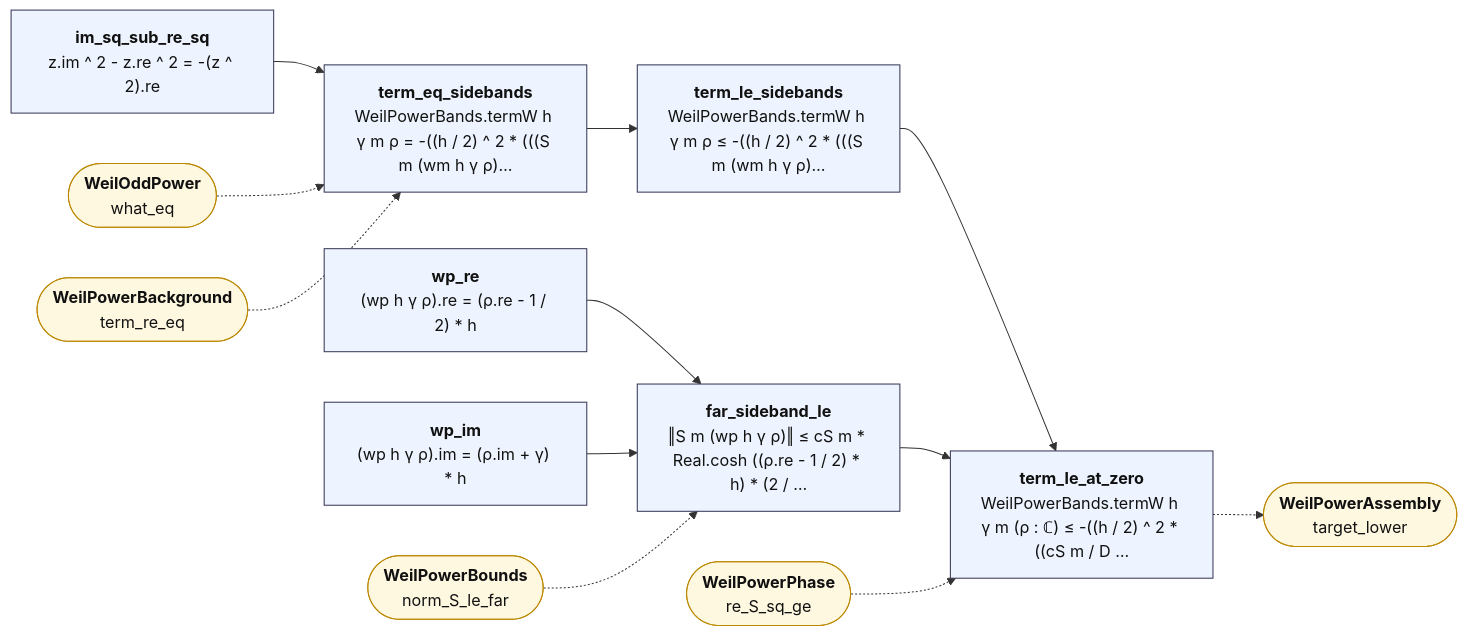
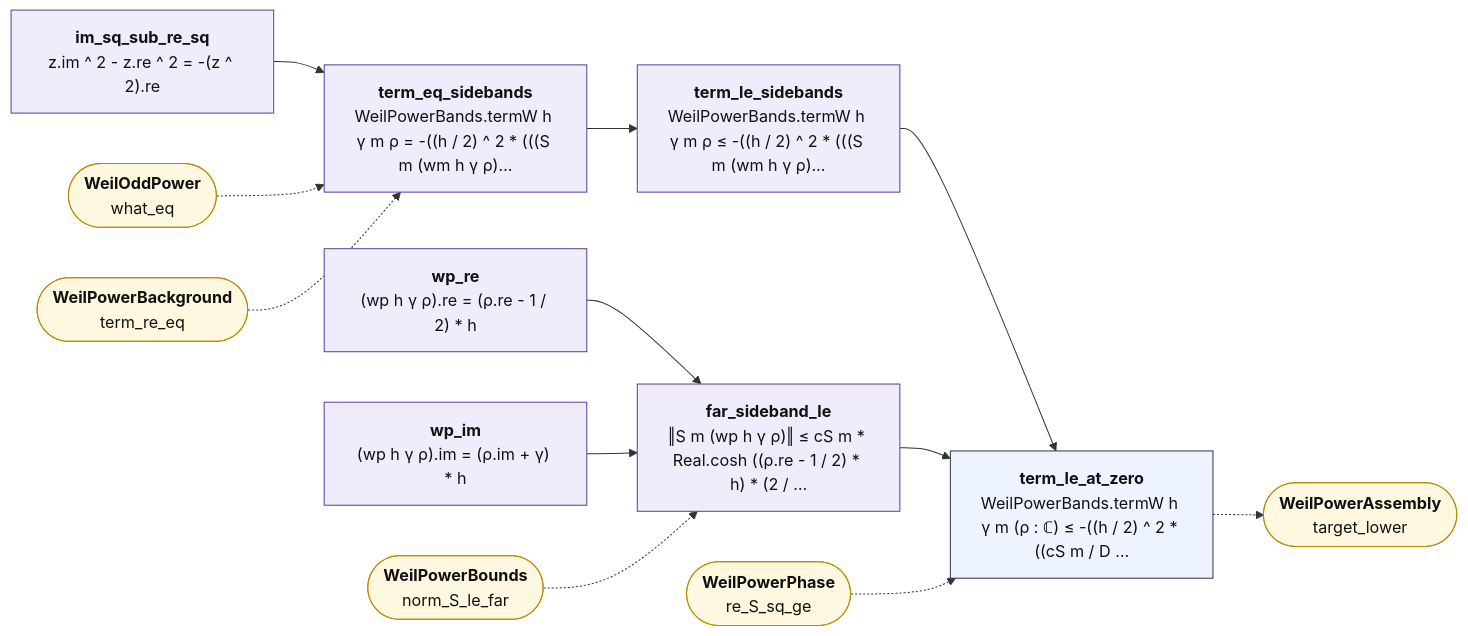
One commit to juliansambranojr/Primebeat_081426 changed the diagram in map/lean_stage3/WeilPowerBridge.md. Above: the diagram before and after it, drawn with Mermaid. The commit also changed other lines of this file and 398 other files, not shown here.

````diff
--- a/map/lean_stage3/WeilPowerBridge.md
+++ b/map/lean_stage3/WeilPowerBridge.md
@@ -12,31 +12,34 @@
 ```mermaid
 flowchart LR
-  n0["<b>im_sq_sub_re_sq</b><br/>z.im ^ 2 - z.re ^ 2 = -(z ^ 2).re"]:::thm
-  n1["<b>term_eq_sidebands</b><br/>WeilPowerBands.termW h γ m ρ = -((h / 2) ^ 2 * (((S m (wm h γ ρ)…"]:::thm
-  n2["<b>term_le_sidebands</b><br/>WeilPowerBands.termW h γ m ρ ≤ -((h / 2) ^ 2 * (((S m (wm h γ ρ)…"]:::thm
-  n3["<b>wp_re</b><br/>(wp h γ ρ).re = (ρ.re - 1 / 2) * h"]:::thm
-  n4["<b>wp_im</b><br/>(wp h γ ρ).im = (ρ.im + γ) * h"]:::thm
-  n5["<b>far_sideband_le</b><br/>‖S m (wp h γ ρ)‖ ≤ cS m * Real.cosh ((ρ.re - 1 / 2) * h) * (2 / …"]:::thm
+  n0["<b>im_sq_sub_re_sq</b><br/>z.im ^ 2 - z.re ^ 2 = -(z ^ 2).re"]:::shp
+  n1["<b>term_eq_sidebands</b><br/>WeilPowerBands.termW h γ m ρ = -((h / 2) ^ 2 * (((S m (wm h γ ρ)…"]:::shp
+  n2["<b>term_le_sidebands</b><br/>WeilPowerBands.termW h γ m ρ ≤ -((h / 2) ^ 2 * (((S m (wm h γ ρ)…"]:::shp
+  n3["<b>wp_re</b><br/>(wp h γ ρ).re = (ρ.re - 1 / 2) * h"]:::shp
+  n4["<b>wp_im</b><br/>(wp h γ ρ).im = (ρ.im + γ) * h"]:::shp
+  n5["<b>far_sideband_le</b><br/>‖S m (wp h γ ρ)‖ ≤ cS m * Real.cosh ((ρ.re - 1 / 2) * h) * (2 / …"]:::shp
   n6["<b>term_le_at_zero</b><br/>WeilPowerBands.termW h γ m (ρ : ℂ) ≤ -((h / 2) ^ 2 * ((cS m / D …"]:::thm
   x0(["<b>WeilOddPower</b><br/>what_eq"]):::ext
   x1(["<b>WeilPowerBackground</b><br/>term_re_eq"]):::ext
   x2(["<b>WeilPowerBounds</b><br/>norm_S_le_far"]):::ext
   x3(["<b>WeilPowerPhase</b><br/>re_S_sq_ge"]):::ext
   x4(["<b>WeilPowerAssembly</b><br/>target_lower"]):::ext
   n0 --> n1
   n1 --> n2
   n2 --> n6
   n3 --> n5
   n4 --> n5
   n5 --> n6
   n6 -.-> x4
   x0 -.-> n1
   x1 -.-> n1
   x2 -.-> n5
   x3 -.-> n6
+  classDef cnt fill:#dff5ec,stroke:#17694a,color:#111
+  classDef shp fill:#f1ecfb,stroke:#5b3fa0,color:#111
+  classDef rh fill:#ffe5e5,stroke:#c22,color:#111,stroke-width:2px
   classDef thm fill:#eef4ff,stroke:#335,color:#111
   classDef end_ fill:#e7f7e7,stroke:#2a7,color:#111,stroke-width:2px
   classDef lone fill:#fff,stroke:#999,color:#111,stroke-dasharray:4 3
   classDef bad fill:#ffe5e5,stroke:#c22,color:#111,stroke-width:2px
   classDef ext fill:#fff8e1,stroke:#b80,color:#111
 ```
````
